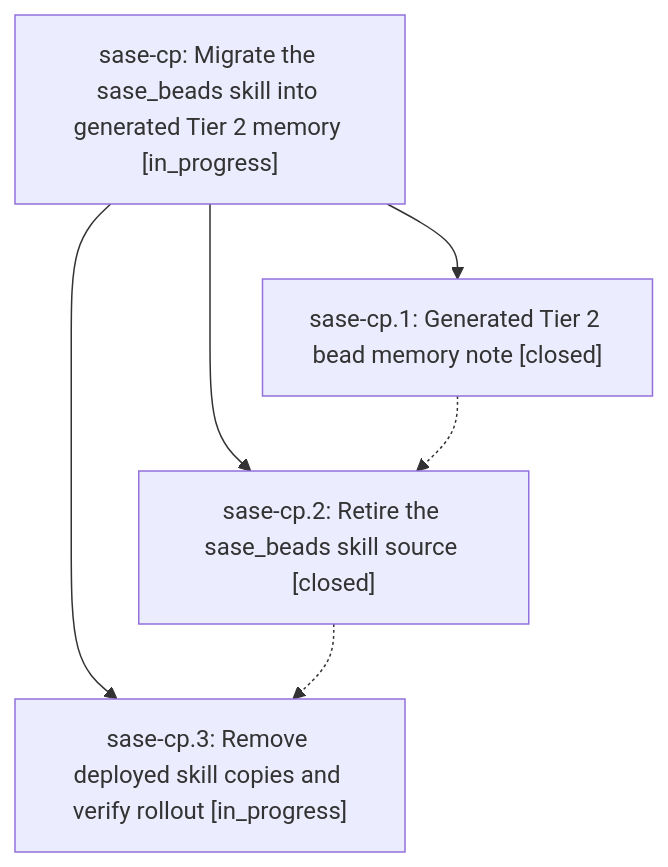
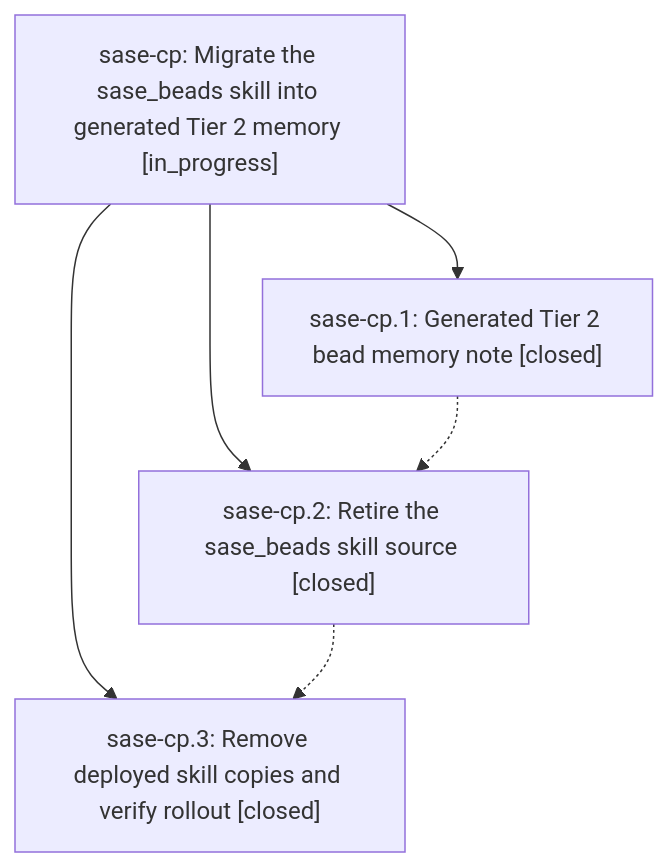
The diagram in pages/sase-cp/README.md (sase-org/sase--beads), drawn with Mermaid before and after one commit. The commit also changed other lines of this file and 2 other files, not shown here.

First line of the commit message:
chore(beads): sync bead state and pages for sase-cp

````diff
--- a/pages/sase-cp/README.md
+++ b/pages/sase-cp/README.md
@@ -24,12 +24,12 @@
 ```mermaid
 flowchart TD
     n0["sase-cp: Migrate the sase_beads skill into generated Tier 2 memory [in_progress]"]
     n1["sase-cp.1: Generated Tier 2 bead memory note [closed]"]
     n2["sase-cp.2: Retire the sase_beads skill source [closed]"]
-    n3["sase-cp.3: Remove deployed skill copies and verify rollout [in_progress]"]
+    n3["sase-cp.3: Remove deployed skill copies and verify rollout [closed]"]
     n0 --> n1
     n0 --> n2
     n0 --> n3
     n1 -.-> n2
     n2 -.-> n3
 ```
````
